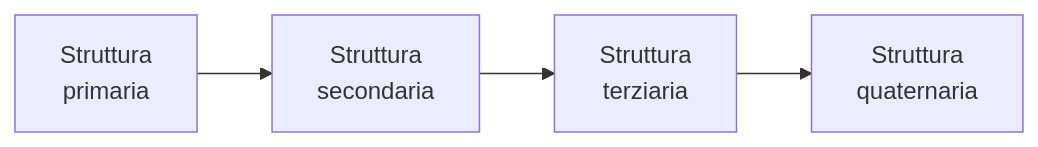
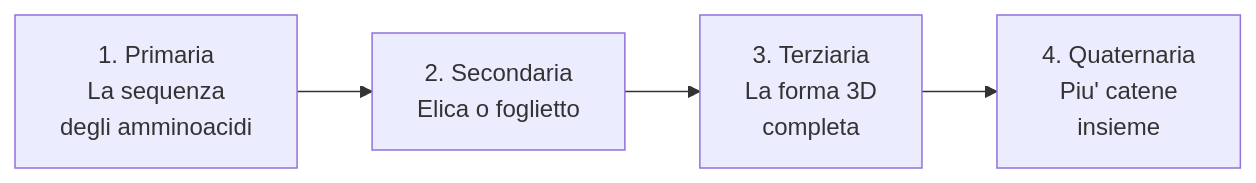
Before and after one commit to nadiadba/nadia-secondbrain: the fourth of 4 diagrams in docs/scienze/biochimica/biomolecole.md, drawn with Mermaid. The commit also changed other lines of this file, not shown here.

````diff
--- a/docs/scienze/biochimica/biomolecole.md
+++ b/docs/scienze/biochimica/biomolecole.md
@@ -467,6 +498,6 @@
 ```mermaid
 flowchart LR
-    A["Struttura<br>primaria"] --> B["Struttura<br>secondaria"]
-    B --> C["Struttura<br>terziaria"]
-    C --> D["Struttura<br>quaternaria"]
+    A["1. Primaria<br>La sequenza<br>degli amminoacidi"] --> B["2. Secondaria<br>Elica o foglietto"]
+    B --> C["3. Terziaria<br>La forma 3D<br>completa"]
+    C --> D["4. Quaternaria<br>Piu' catene<br>insieme"]
 ```
````
